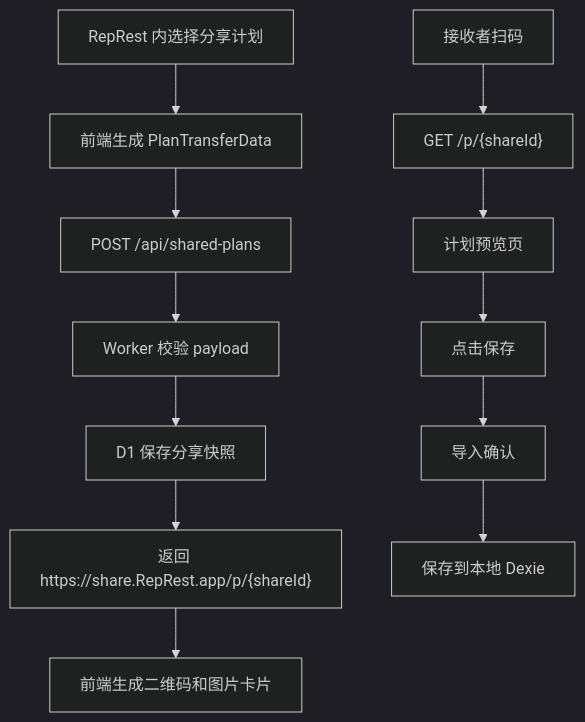
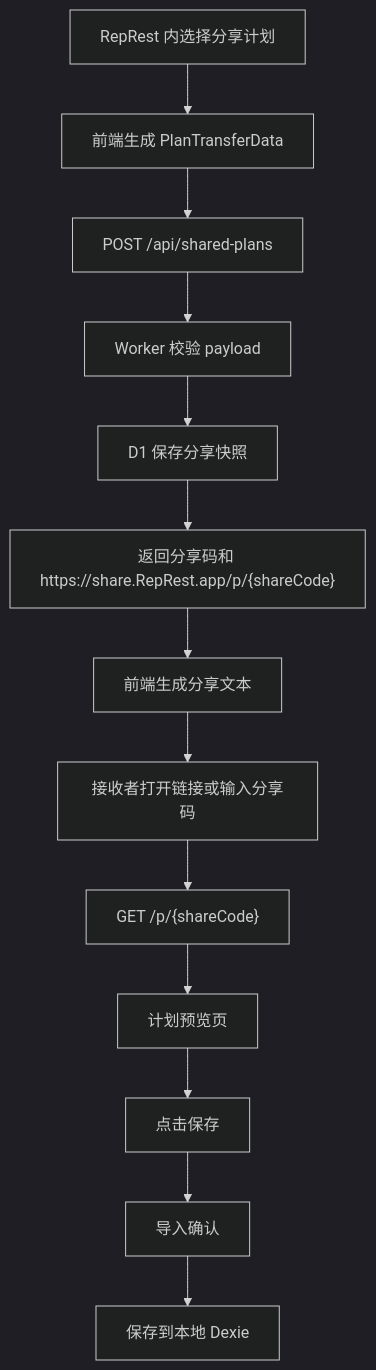
The diagram in docs/plan-share-cloudflare-implementation.md (jiachaoDing/represt), drawn with Mermaid (dark theme) before and after one commit. The commit also changed other lines of this file and 1 other file, not shown here.

````diff
--- a/docs/plan-share-cloudflare-implementation.md
+++ b/docs/plan-share-cloudflare-implementation.md
@@ -18,14 +19,15 @@
 ```mermaid
 flowchart TD
   A["RepRest 内选择分享计划"] --> B["前端生成 PlanTransferData"]
   B --> C["POST /api/shared-plans"]
   C --> D["Worker 校验 payload"]
   D --> E["D1 保存分享快照"]
-  E --> F["返回 https://share.RepRest.app/p/{shareId}"]
-  F --> G["前端生成二维码和图片卡片"]
-  H["接收者扫码"] --> I["GET /p/{shareId}"]
+  E --> F["返回分享码和 https://share.RepRest.app/p/{shareCode}"]
+  F --> G["前端生成分享文本"]
+  G --> H["接收者打开链接或输入分享码"]
+  H --> I["GET /p/{shareCode}"]
   I --> J["计划预览页"]
   J --> K["点击保存"]
   K --> L["导入确认"]
   L --> M["保存到本地 Dexie"]
 ```
````
